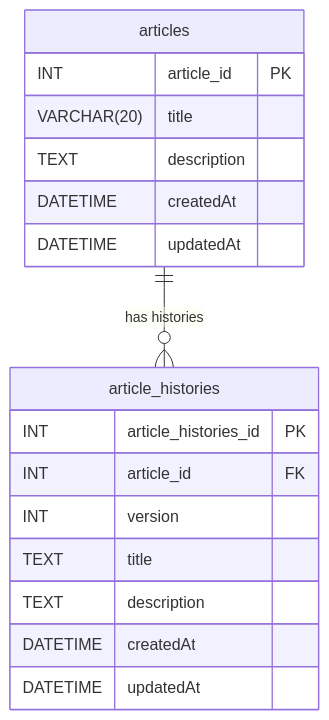
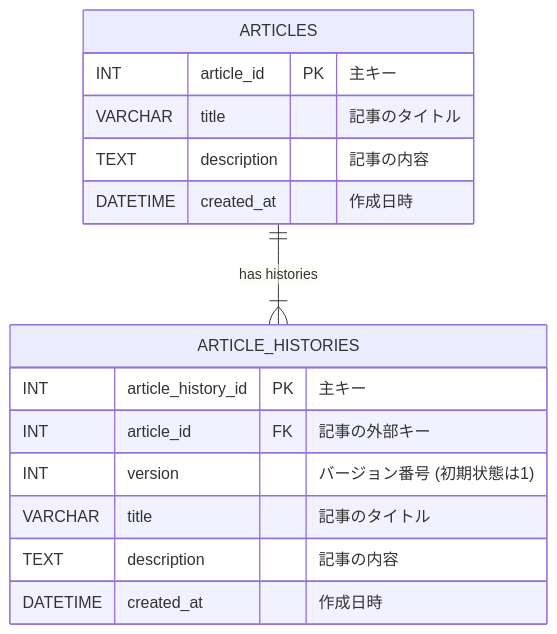
Before and after one commit to ISAWASHUN/PrAhaChallenge: the diagram in データモデリング/課題1/課題1.md, drawn with Mermaid. The commit also changed other lines of this file and 1 other file, not shown here.

Commit message:
🐛fix: コメントの部分を修正

````diff
--- a/データモデリング/課題1/課題1.md
+++ b/データモデリング/課題1/課題1.md
@@ -43,20 +41,19 @@
 ```mermaid
 erDiagram
-    articles {
-      INT article_id PK 
-      VARCHAR(20) title
-      TEXT description
-      DATETIME createdAt
-      DATETIME updatedAt
-    }
-    article_histories {
-      INT article_histories_id PK
-      INT article_id FK
-      INT version
-      TEXT title
-      TEXT description
-      DATETIME createdAt
-      DATETIME updatedAt
-    }
-    articles ||--o{ article_histories : "has histories"
+  ARTICLES {
+    INT article_id PK "主キー"
+    VARCHAR title "記事のタイトル"
+    TEXT description "記事の内容"
+    DATETIME created_at "作成日時"
+  }
+  ARTICLE_HISTORIES {
+    INT article_history_id PK "主キー"
+    INT article_id FK "記事の外部キー"
+    INT version "バージョン番号 (初期状態は1)"
+    VARCHAR title "記事のタイトル"
+    TEXT description "記事の内容"
+    DATETIME created_at "作成日時"
+  }
+  
+  ARTICLES ||--|{ ARTICLE_HISTORIES : "has histories"
 ```
````
